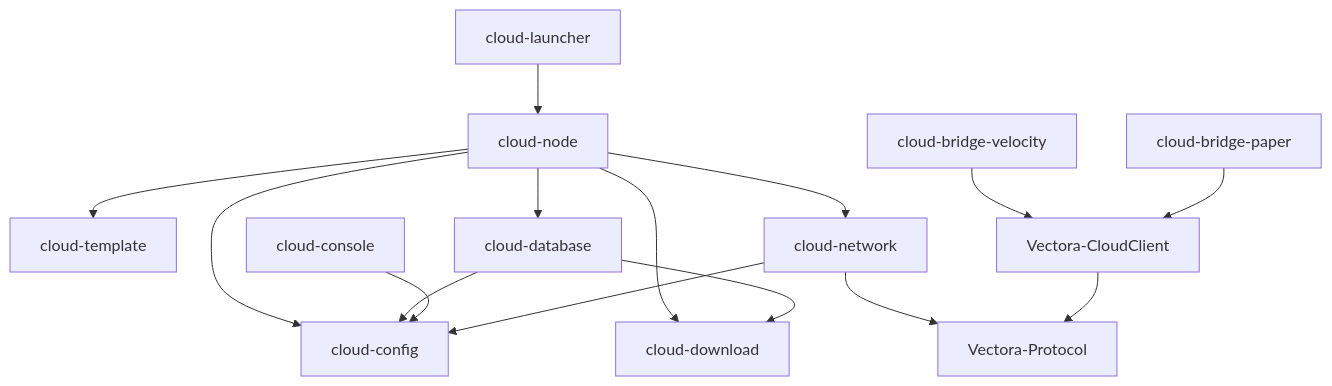
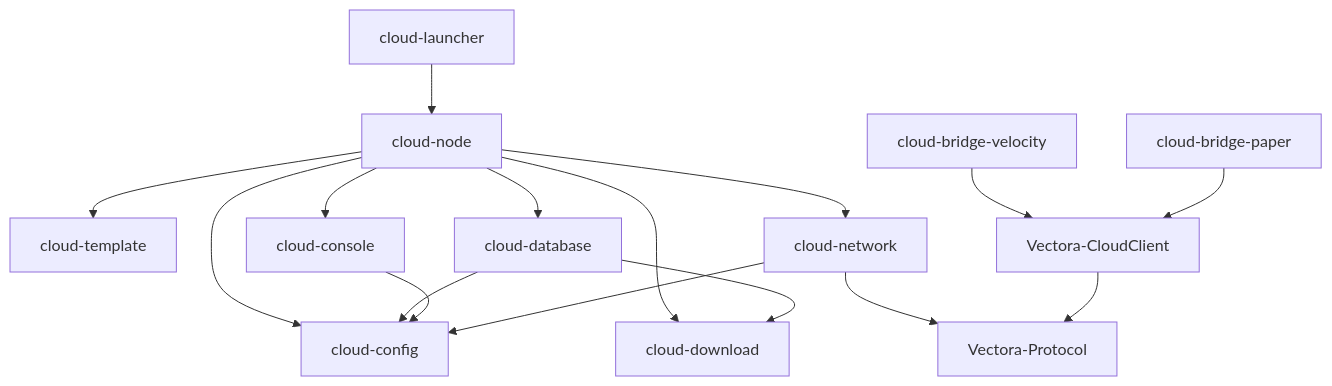
Before and after one commit to VectoDE/VectolynCloud: the diagram in docs/cloud/architecture.md, drawn with Mermaid. The commit also changed 59 other files, not shown here.

First line of the commit message:
feat(cloud): wire JRE, database, network and console into the node (#40)

````diff
--- a/docs/cloud/architecture.md
+++ b/docs/cloud/architecture.md
@@ -32,17 +32,18 @@
 ```mermaid
 graph TD
     launcher[cloud-launcher] --> node[cloud-node]
     node --> config[cloud-config]
     node --> template[cloud-template]
     node --> download[cloud-download]
     node --> network[cloud-network]
     node --> database[cloud-database]
+    node --> console[cloud-console]
     database --> config
     console[cloud-console] --> config
     database --> download
     network --> config
     network --> protocol[Vectora-Protocol]
     client[Vectora-CloudClient] --> protocol
     bvel[cloud-bridge-velocity] --> client
     bpap[cloud-bridge-paper] --> client
 ```
````
